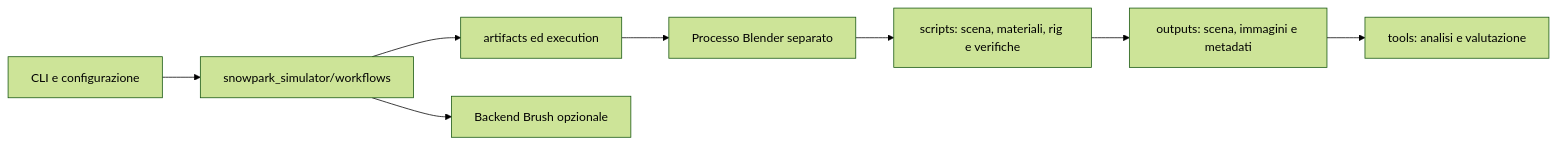
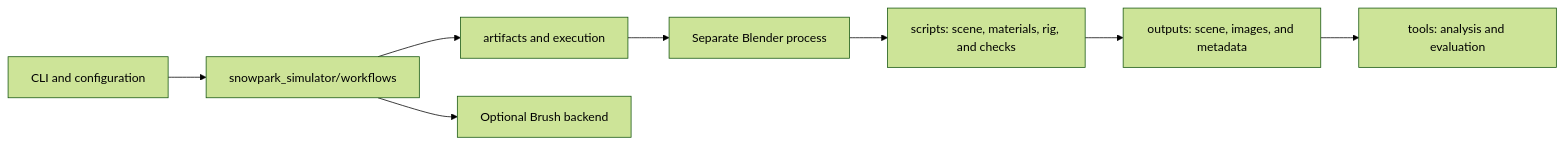
The diagram in docs/architecture.md (Blackhand01/snowpark-simulator), drawn with Mermaid (forest theme) before and after one commit. The commit also changed other lines of this file and 18 other files, not shown here.

````diff
--- a/docs/architecture.md
+++ b/docs/architecture.md
@@ -9,10 +9,10 @@
 ```mermaid
 flowchart LR
-    User[CLI e configurazione] --> Host[snowpark_simulator/workflows]
-    Host --> Runtime[artifacts ed execution]
-    Runtime --> Blender[Processo Blender separato]
-    Blender --> Scripts[scripts: scena, materiali, rig e verifiche]
-    Scripts --> Outputs[outputs: scena, immagini e metadati]
-    Outputs --> Tools[tools: analisi e valutazione]
-    Host --> Brush[Backend Brush opzionale]
+    User[CLI and configuration] --> Host[snowpark_simulator/workflows]
+    Host --> Runtime[artifacts and execution]
+    Runtime --> Blender[Separate Blender process]
+    Blender --> Scripts[scripts: scene, materials, rig, and checks]
+    Scripts --> Outputs[outputs: scene, images, and metadata]
+    Outputs --> Tools[tools: analysis and evaluation]
+    Host --> Brush[Optional Brush backend]
 ```
````
